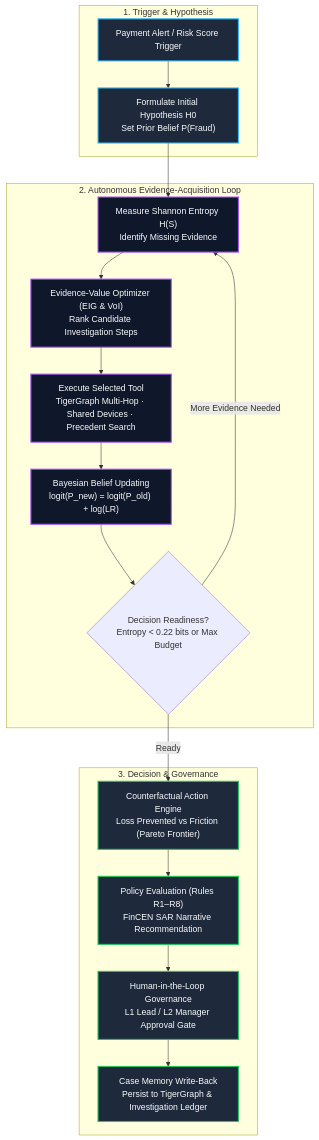
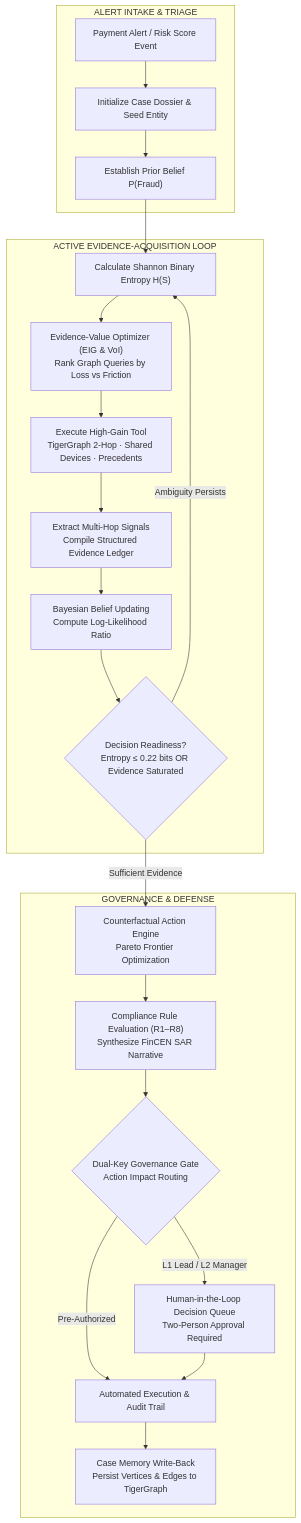
One commit to nikhilkumarpanigrahi/Ravel changed the diagram in README.md. Above: the diagram before and after it, drawn with Mermaid. The commit also changed other lines of this file and 1 other file, not shown here.

First line of the commit message:
feat(ui,docs): enhance forensic workstation aesthetics and update architecture documentation

````diff
--- a/README.md
+++ b/README.md
@@ -11,29 +21,27 @@
 ```mermaid
 flowchart TD
-    subgraph S1["1. Trigger & Hypothesis"]
-        A["Payment Alert / Risk Score Trigger"] --> B["Formulate Initial Hypothesis H0<br/>Set Prior Belief P(Fraud)"]
+    subgraph Intake ["ALERT INTAKE & TRIAGE"]
+        A["Payment Alert / Risk Score Event"] --> B["Initialize Case Dossier & Seed Entity"]
+        B --> C["Establish Prior Belief P(Fraud)"]
     end
 
-    subgraph S2["2. Autonomous Evidence-Acquisition Loop"]
-        B --> C["Measure Shannon Entropy H(S)<br/>Identify Missing Evidence"]
-        C --> D["Evidence-Value Optimizer (EIG & VoI)<br/>Rank Candidate Investigation Steps"]
-        D --> E["Execute Selected Tool<br/>TigerGraph Multi-Hop · Shared Devices · Precedent Search"]
-        E --> F["Bayesian Belief Updating<br/>logit(P_new) = logit(P_old) + log(LR)"]
-        F --> G{"Decision Readiness?<br/>Entropy < 0.22 bits or Max Budget"}
-        G -- "More Evidence Needed" --> C
+    subgraph ActiveLearning ["ACTIVE EVIDENCE-ACQUISITION LOOP"]
+        C --> D["Calculate Shannon Binary Entropy H(S)"]
+        D --> E["Evidence-Value Optimizer (EIG & VoI)<br/>Rank Graph Queries by Loss vs Friction"]
+        E --> F["Execute High-Gain Tool<br/>TigerGraph 2-Hop · Shared Devices · Precedents"]
+        F --> G["Extract Multi-Hop Signals<br/>Compile Structured Evidence Ledger"]
+        G --> H["Bayesian Belief Updating<br/>Compute Log-Likelihood Ratio"]
+        H --> I{"Decision Readiness?<br/>Entropy ≤ 0.22 bits OR Evidence Saturated"}
+        I -- "Ambiguity Persists" --> D
     end
 
-    subgraph S3["3. Decision & Governance"]
-        G -- "Ready" --> H["Counterfactual Action Engine<br/>Loss Prevented vs Friction (Pareto Frontier)"]
-        H --> I["Policy Evaluation (Rules R1–R8)<br/>FinCEN SAR Narrative Recommendation"]
-        I --> J["Human-in-the-Loop Governance<br/>L1 Lead / L2 Manager Approval Gate"]
-        J --> K["Case Memory Write-Back<br/>Persist to TigerGraph & Investigation Ledger"]
+    subgraph DecisionGovernance ["GOVERNANCE & DEFENSE"]
+        I -- "Sufficient Evidence" --> J["Counterfactual Action Engine<br/>Pareto Frontier Optimization"]
+        J --> K["Compliance Rule Evaluation (R1–R8)<br/>Synthesize FinCEN SAR Narrative"]
+        K --> L{"Dual-Key Governance Gate<br/>Action Impact Routing"}
+        L -- "L1 Lead / L2 Manager" --> M["Human-in-the-Loop Decision Queue<br/>Two-Person Approval Required"]
+        L -- "Pre-Authorized" --> N["Automated Execution & Audit Trail"]
+        M --> N
+        N --> O["Case Memory Write-Back<br/>Persist Vertices & Edges to TigerGraph"]
     end
-
-    classDef stage1 fill:#1e293b,stroke:#38bdf8,stroke-width:2px,color:#f8fafc;
-    classDef stage2 fill:#0f172a,stroke:#a855f7,stroke-width:2px,color:#f8fafc;
-    classDef stage3 fill:#1e293b,stroke:#22c55e,stroke-width:2px,color:#f8fafc;
-    class A,B stage1;
-    class C,D,E,F stage2;
-    class H,I,J,K stage3;
 ```
````
